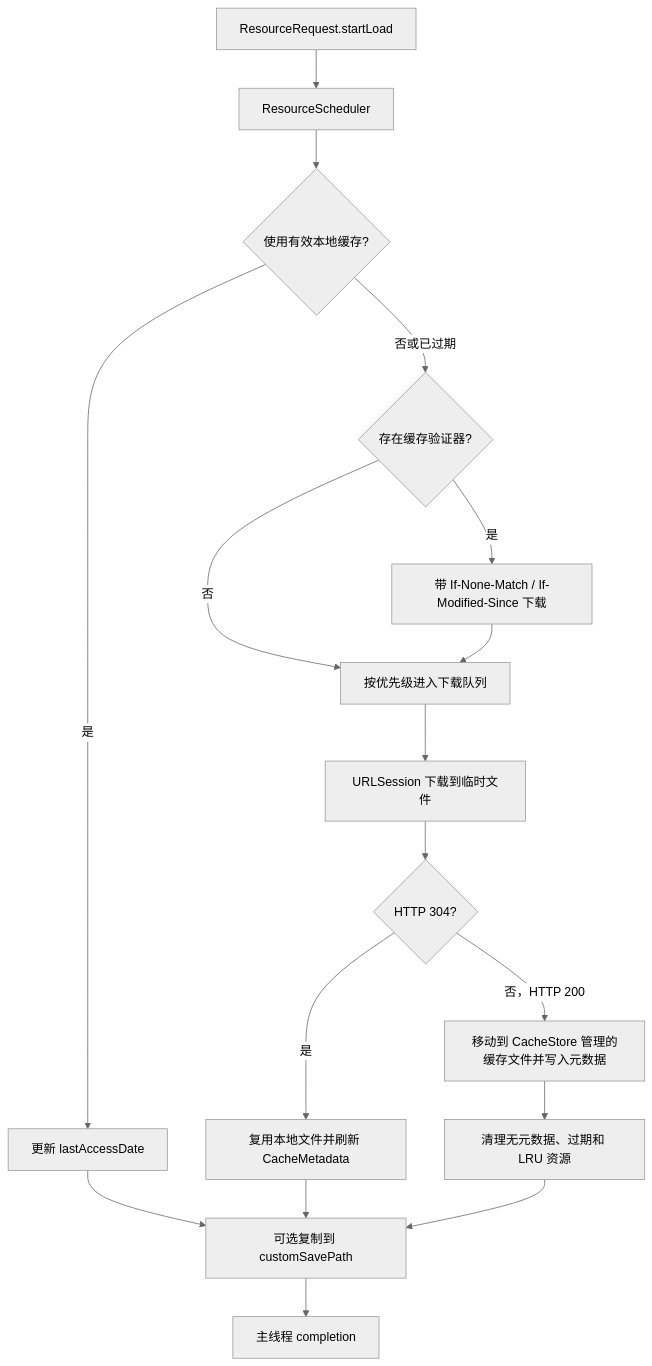
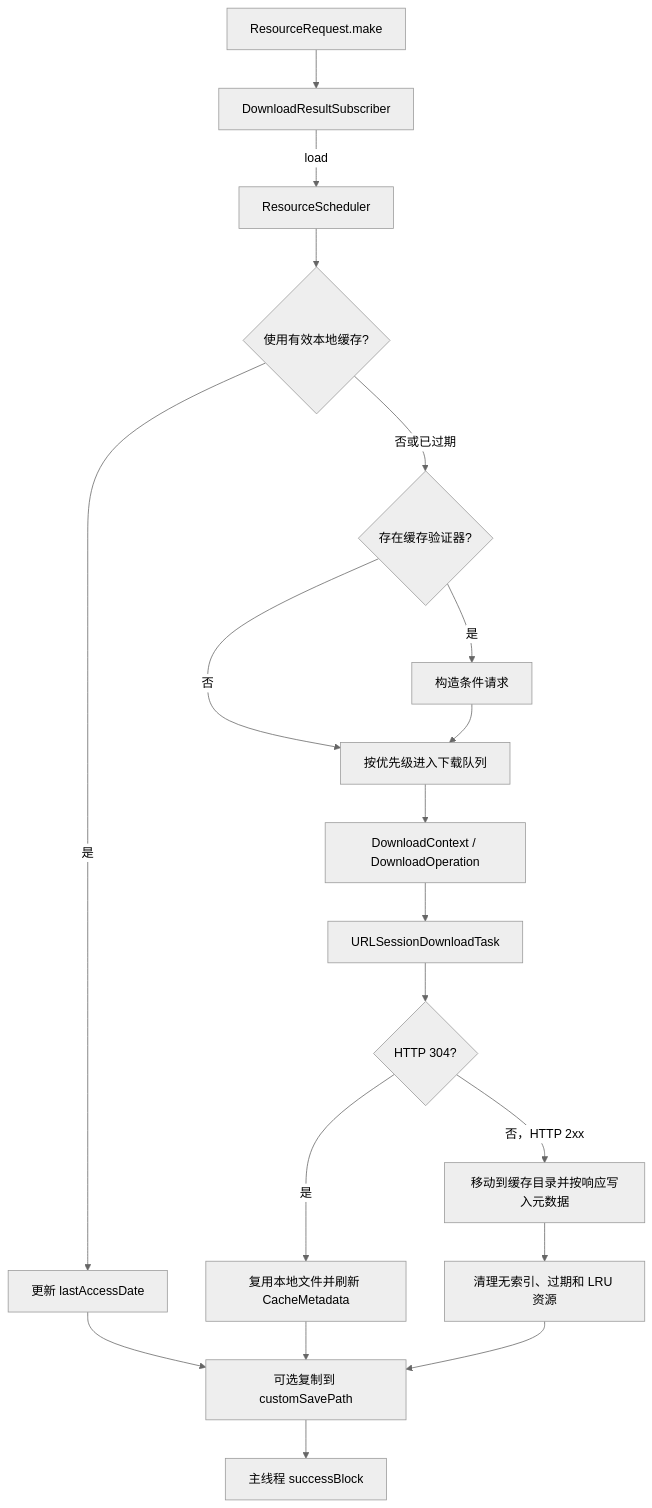
Before and after one commit to Howard-Zjun/ResourceTransferKit: the diagram in README.md, drawn with Mermaid (neutral theme). The commit also changed other lines of this file and 10 other files, not shown here.

````diff
--- a/README.md
+++ b/README.md
@@ -44,19 +45,21 @@
 ```mermaid
 flowchart TD
-    A[ResourceRequest.startLoad] --> B[ResourceScheduler]
-    B --> C{使用有效本地缓存?}
-    C -- 是 --> D[更新 lastAccessDate]
-    D --> E[可选复制到 customSavePath]
-    E --> F[主线程 completion]
-    C -- 否或已过期 --> G{存在缓存验证器?}
-    G -- 是 --> H[带 If-None-Match / If-Modified-Since 下载]
-    G -- 否 --> I[按优先级进入下载队列]
-    H --> I
-    I --> J[URLSession 下载到临时文件]
-    J --> K{HTTP 304?}
-    K -- 是 --> L[复用本地文件并刷新 CacheMetadata]
-    K -- 否，HTTP 200 --> M[移动到 CacheStore 管理的缓存文件并写入元数据]
-    L --> E
-    M --> N[清理无元数据、过期和 LRU 资源]
-    N --> E
+    A[ResourceRequest.make] --> B[DownloadResultSubscriber]
+    B -->|load| C[ResourceScheduler]
+    C --> D{使用有效本地缓存?}
+    D -- 是 --> E[更新 lastAccessDate]
+    E --> F[可选复制到 customSavePath]
+    F --> G[主线程 successBlock]
+    D -- 否或已过期 --> H{存在缓存验证器?}
+    H -- 是 --> I[构造条件请求]
+    H -- 否 --> J[按优先级进入下载队列]
+    I --> J
+    J --> K[DownloadContext / DownloadOperation]
+    K --> L[URLSessionDownloadTask]
+    L --> M{HTTP 304?}
+    M -- 是 --> N[复用本地文件并刷新 CacheMetadata]
+    M -- 否，HTTP 2xx --> O[移动到缓存目录并按响应写入元数据]
+    N --> F
+    O --> P[清理无索引、过期和 LRU 资源]
+    P --> F
 ```
````
